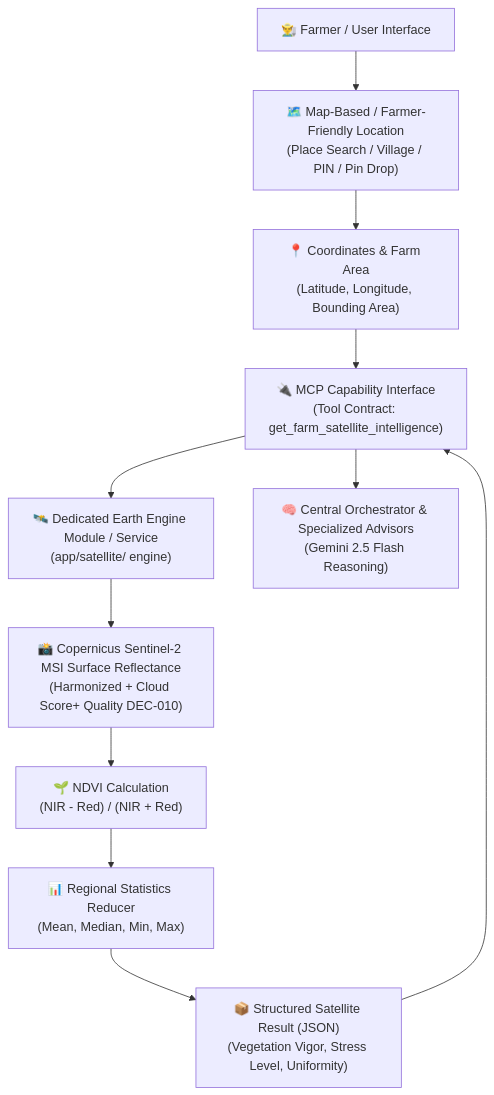
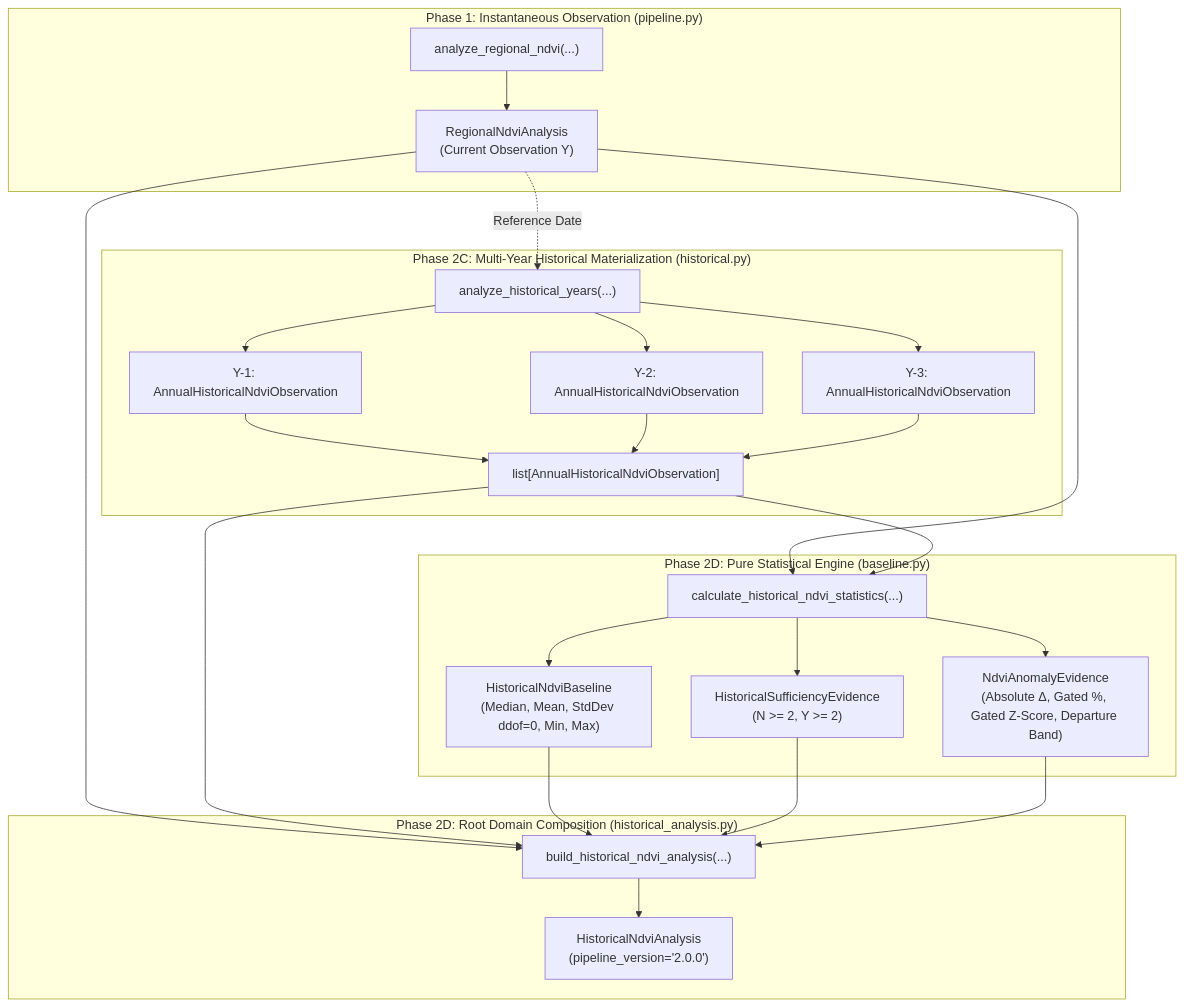
The second of 2 diagrams in docs/ARCHITECTURE.md (Kushagra-Dixit-0906/bharatsahayak-v2), drawn with Mermaid before and after one commit. The commit also changed other lines of this file and 4 other files, not shown here.

Commit message:
docs: seal Phase 2 historical satellite intelligence

````diff
--- a/docs/ARCHITECTURE.md
+++ b/docs/ARCHITECTURE.md
@@ -164,13 +165,26 @@
 ```mermaid
 graph TD
-    A["👨‍🌾 Farmer / User Interface"] --> B["🗺️ Map-Based / Farmer-Friendly Location\n(Place Search / Village / PIN / Pin Drop)"]
-    B --> C["📍 Coordinates & Farm Area\n(Latitude, Longitude, Bounding Area)"]
-    C --> D["🔌 MCP Capability Interface\n(Tool Contract: get_farm_satellite_intelligence)"]
-    D --> E["🛰️ Dedicated Earth Engine Module / Service\n(app/satellite/ engine)"]
-    E --> F["📸 Copernicus Sentinel-2 MSI Surface Reflectance\n(Harmonized + Cloud Score+ Quality DEC-010)"]
-    F --> G["🌱 NDVI Calculation\n(NIR - Red) / (NIR + Red)"]
-    G --> H["📊 Regional Statistics Reducer\n(Mean, Median, Min, Max)"]
-    H --> I["📦 Structured Satellite Result (JSON)\n(Vegetation Vigor, Stress Level, Uniformity)"]
-    I --> D
-    D --> J["🧠 Central Orchestrator & Specialized Advisors\n(Gemini 2.5 Flash Reasoning)"]
+    subgraph Phase1 ["Phase 1: Instantaneous Observation (pipeline.py)"]
+        P1["analyze_regional_ndvi(...)"] --> Cur["RegionalNdviAnalysis\n(Current Observation Y)"]
+    end
+
+    subgraph Phase2C ["Phase 2C: Multi-Year Historical Materialization (historical.py)"]
+        Cur -. Reference Date .-> P2C["analyze_historical_years(...)"]
+        P2C --> H1["Y-1: AnnualHistoricalNdviObservation"]
+        P2C --> H2["Y-2: AnnualHistoricalNdviObservation"]
+        P2C --> H3["Y-3: AnnualHistoricalNdviObservation"]
+        H1 & H2 & H3 --> HList["list[AnnualHistoricalNdviObservation]"]
+    end
+
+    subgraph Phase2DMath ["Phase 2D: Pure Statistical Engine (baseline.py)"]
+        Cur & HList --> Math["calculate_historical_ndvi_statistics(...)"]
+        Math --> Base["HistoricalNdviBaseline\n(Median, Mean, StdDev ddof=0, Min, Max)"]
+        Math --> Suff["HistoricalSufficiencyEvidence\n(N >= 2, Y >= 2)"]
+        Math --> Anom["NdviAnomalyEvidence\n(Absolute Δ, Gated %, Gated Z-Score, Departure Band)"]
+    end
+
+    subgraph Phase2DIntegration ["Phase 2D: Root Domain Composition (historical_analysis.py)"]
+        Cur & HList & Base & Suff & Anom --> Root["build_historical_ndvi_analysis(...)"]
+        Root --> Out["HistoricalNdviAnalysis\n(pipeline_version='2.0.0')"]
+    end
 ```
````
